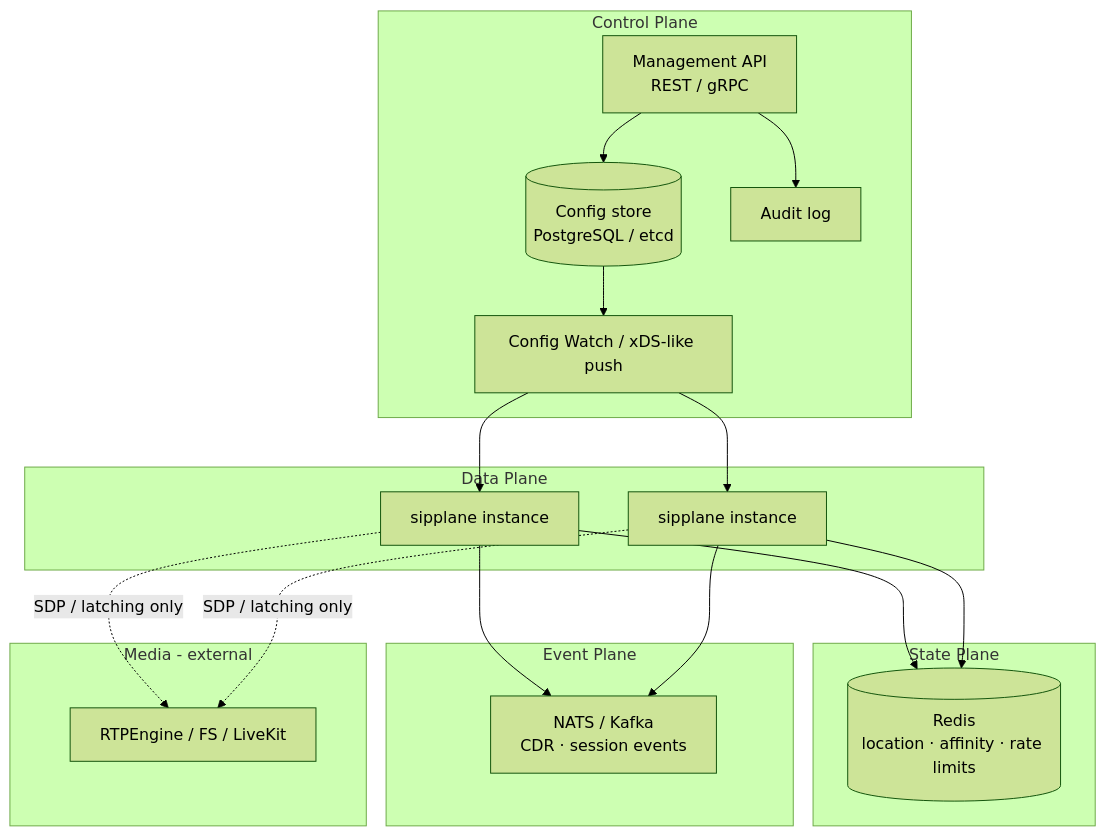
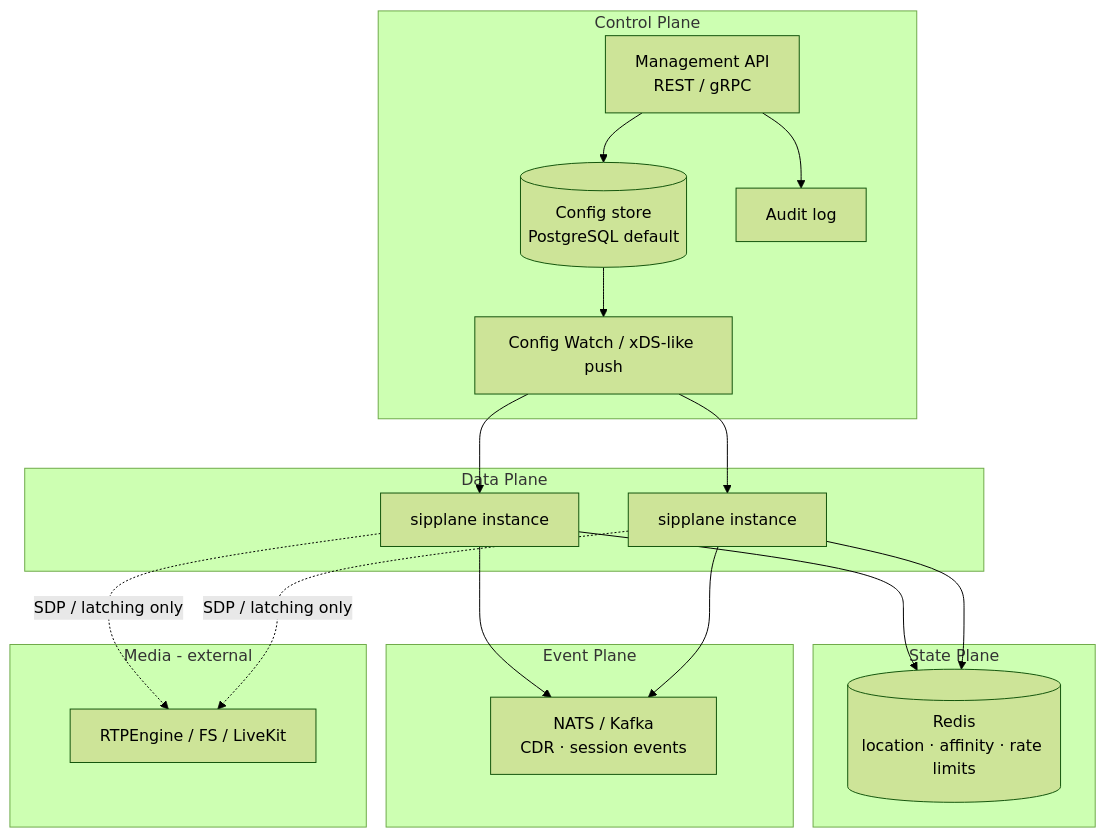
One commit to lixuanqun/sipplane changed the diagram in docs/architecture.md. Above: the diagram before and after it, drawn with Mermaid (forest theme). The commit also changed other lines of this file and 127 other files, not shown here.

````diff
--- a/docs/architecture.md
+++ b/docs/architecture.md
@@ -26,34 +26,34 @@
 ```mermaid
 flowchart TB
   subgraph CP[Control Plane]
     API[Management API<br/>REST / gRPC]
-    Store[(Config store<br/>PostgreSQL / etcd)]
+    Store[(Config store<br/>PostgreSQL default)]
     Watch[Config Watch / xDS-like push]
     Audit[Audit log]
   end
 
   subgraph DP[Data Plane]
     GW1[sipplane instance]
     GW2[sipplane instance]
   end
 
   subgraph SP[State Plane]
     Redis[(Redis<br/>location · affinity · rate limits)]
   end
 
   subgraph EP[Event Plane]
     Bus[NATS / Kafka<br/>CDR · session events]
   end
 
   subgraph Media[Media - external]
     RTP[RTPEngine / FS / LiveKit]
   end
 
   API --> Store
   Store --> Watch
   Watch --> GW1 & GW2
   API --> Audit
   GW1 & GW2 --> Redis
   GW1 & GW2 --> Bus
   GW1 & GW2 -.->|SDP / latching only| RTP
 ```
````
